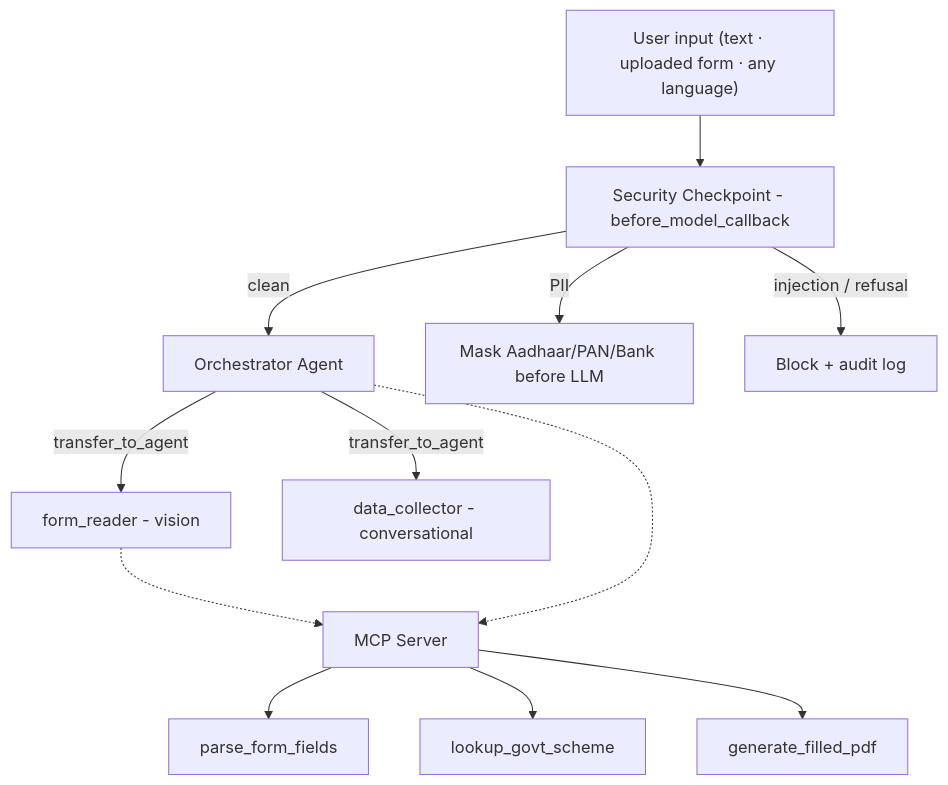
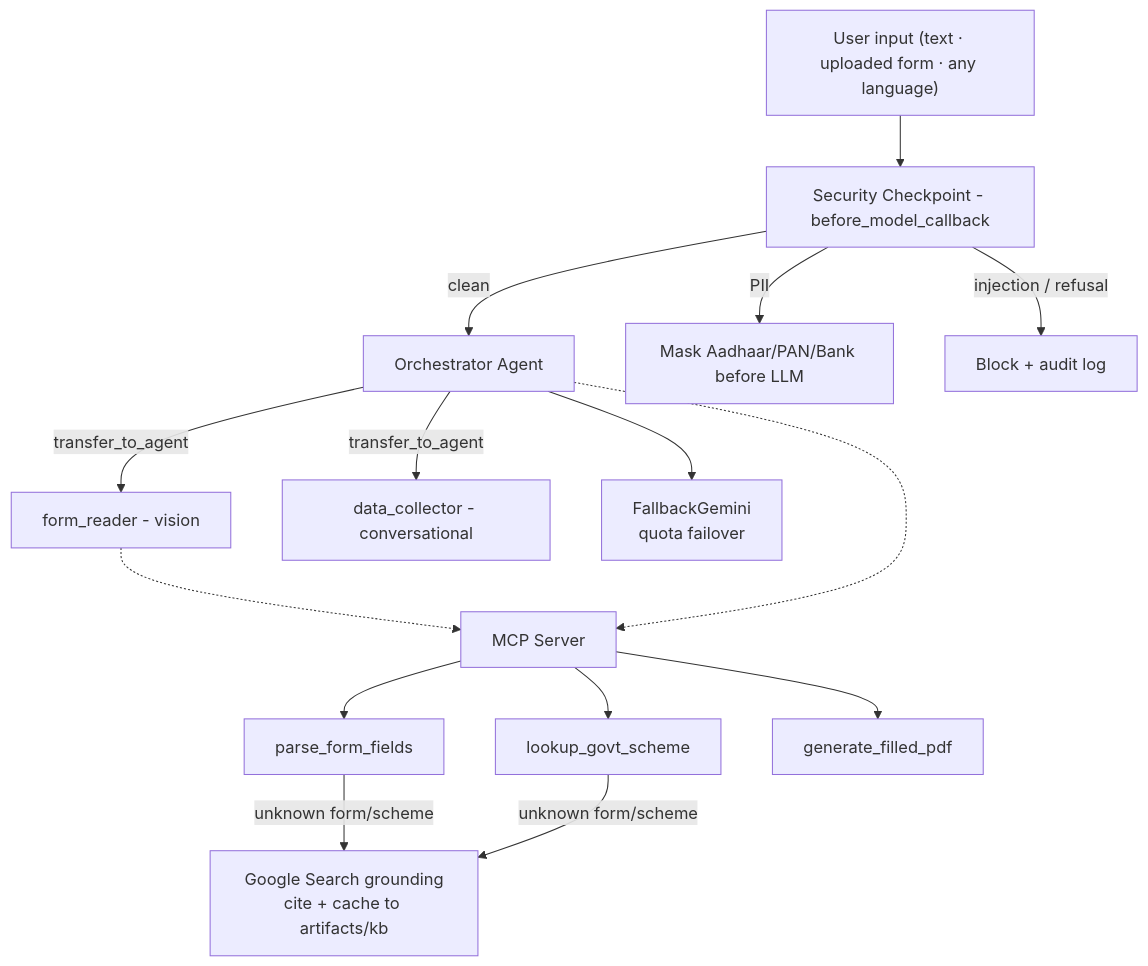
One commit to MohammSameer/sugam-form-filler changed the diagram in SUBMISSION_WRITEUP.md. Above: the diagram before and after it, drawn with Mermaid. The commit also changed other lines of this file and 36 other files, not shown here.

````diff
--- a/SUBMISSION_WRITEUP.md
+++ b/SUBMISSION_WRITEUP.md
@@ -14,16 +14,21 @@
 ```mermaid
 graph TD
     User["User input (text · uploaded form · any language)"] --> Sec[Security Checkpoint - before_model_callback]
     Sec -- "clean" --> Orch[Orchestrator Agent]
     Sec -- "PII" --> Mask[Mask Aadhaar/PAN/Bank before LLM]
     Sec -- "injection / refusal" --> Block[Block + audit log]
 
     Orch -- "transfer_to_agent" --> FR[form_reader - vision]
     Orch -- "transfer_to_agent" --> DC[data_collector - conversational]
 
     FR -.-> MCP[MCP Server]
     Orch -.-> MCP
     MCP --> T1[parse_form_fields]
     MCP --> T2[lookup_govt_scheme]
     MCP --> T3[generate_filled_pdf]
+
+    T1 -- "unknown form/scheme" --> KB[Google Search grounding<br/>cite + cache to artifacts/kb]
+    T2 -- "unknown form/scheme" --> KB
+
+    Orch --> FM[FallbackGemini<br/>quota failover]
 ```
````
